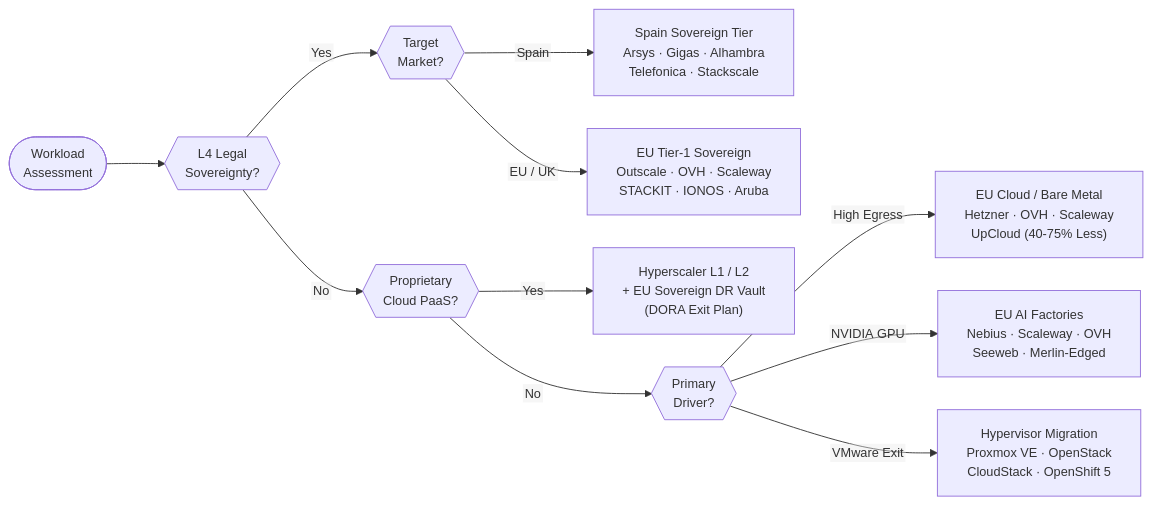
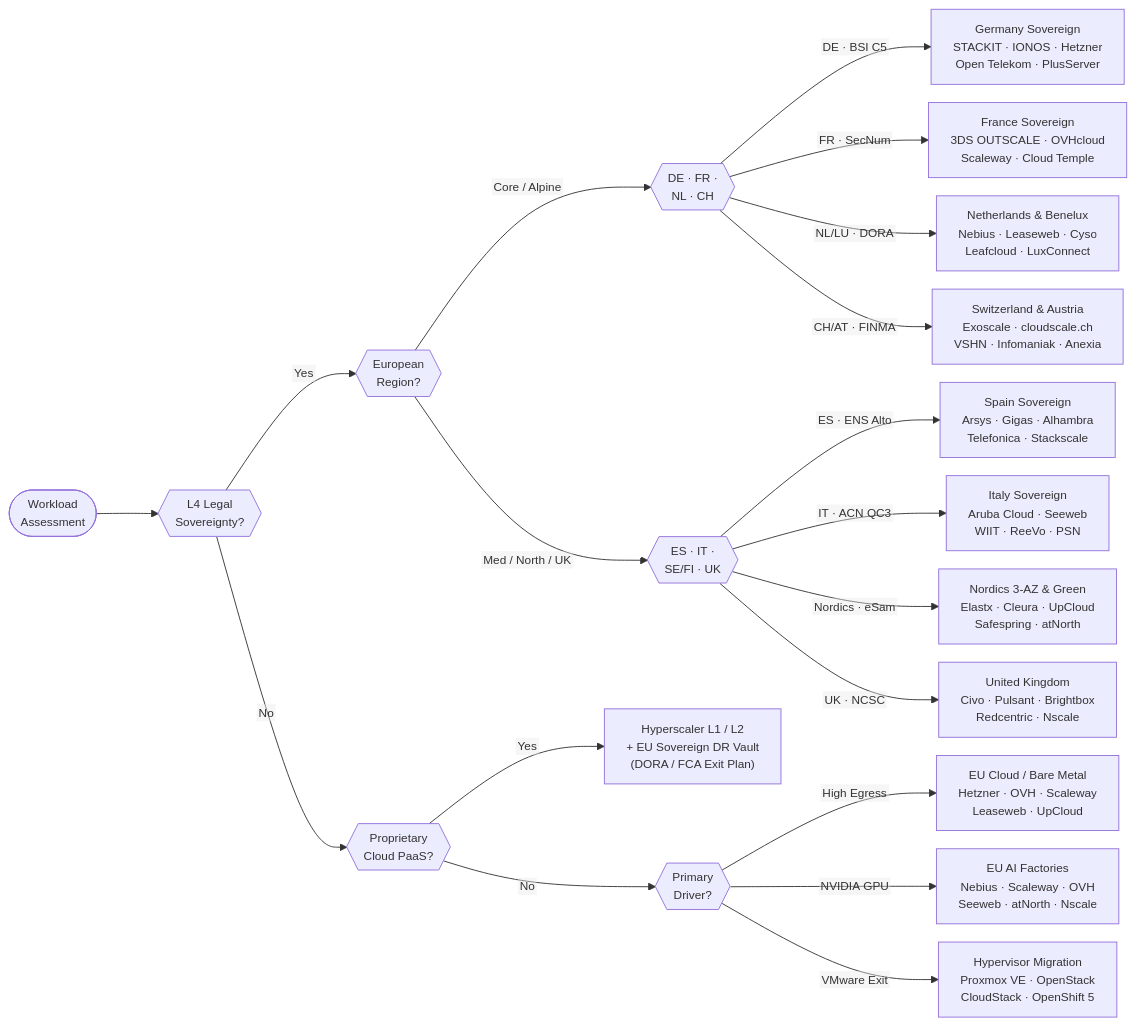
The diagram in v2-docs/eu-sovereign-cloud.md (nubenetes/awesome-kubernetes), drawn with Mermaid before and after one commit. The commit also changed other lines of this file and 2 other files, not shown here.

Commit message:
feat(v2): generalize Pre-Sales Architecture Decision Flow across all 8 EU & UK cloud hubs

````diff
--- a/v2-docs/eu-sovereign-cloud.md
+++ b/v2-docs/eu-sovereign-cloud.md
@@ -206,17 +206,27 @@
 ```mermaid
-%%{init: {'themeVariables': {'fontSize': '14px'}, 'flowchart': {'htmlLabels': false, 'nodeSpacing': 36, 'rankSpacing': 64, 'padding': 16}}}%%
+%%{init: {'themeVariables': {'fontSize': '13px'}, 'flowchart': {'htmlLabels': false, 'nodeSpacing': 20, 'rankSpacing': 68, 'padding': 12}}}%%
 flowchart LR
     A(["Workload<br/>Assessment"]) --> B{{"L4 Legal<br/>Sovereignty?"}}
 
-    B -->|"Yes"| C{{"Target<br/>Market?"}}
-    C -->|"Spain"| D["Spain Sovereign Tier<br/>Arsys · Gigas · Alhambra<br/>Telefonica · Stackscale"]
-    C -->|"EU / UK"| E["EU Tier-1 Sovereign<br/>Outscale · OVH · Scaleway<br/>STACKIT · IONOS · Aruba"]
+    B -->|"Yes"| C{{"European<br/>Region?"}}
+    C -->|"Core / Alpine"| C1{{"DE · FR ·<br/>NL · CH"}}
+    C -->|"Med / North / UK"| C2{{"ES · IT ·<br/>SE/FI · UK"}}
+
+    C1 -->|"DE · BSI C5"| D1["Germany Sovereign<br/>STACKIT · IONOS · Hetzner<br/>Open Telekom · PlusServer"]
+    C1 -->|"FR · SecNum"| D2["France Sovereign<br/>3DS OUTSCALE · OVHcloud<br/>Scaleway · Cloud Temple"]
+    C1 -->|"NL/LU · DORA"| D3["Netherlands & Benelux<br/>Nebius · Leaseweb · Cyso<br/>Leafcloud · LuxConnect"]
+    C1 -->|"CH/AT · FINMA"| D4["Switzerland & Austria<br/>Exoscale · cloudscale.ch<br/>VSHN · Infomaniak · Anexia"]
+
+    C2 -->|"ES · ENS Alto"| D5["Spain Sovereign<br/>Arsys · Gigas · Alhambra<br/>Telefonica · Stackscale"]
+    C2 -->|"IT · ACN QC3"| D6["Italy Sovereign<br/>Aruba Cloud · Seeweb<br/>WIIT · ReeVo · PSN"]
+    C2 -->|"Nordics · eSam"| D7["Nordics 3-AZ & Green<br/>Elastx · Cleura · UpCloud<br/>Safespring · atNorth"]
+    C2 -->|"UK · NCSC"| D8["United Kingdom<br/>Civo · Pulsant · Brightbox<br/>Redcentric · Nscale"]
 
     B -->|"No"| F{{"Proprietary<br/>Cloud PaaS?"}}
-    F -->|"Yes"| G["Hyperscaler L1 / L2<br/>+ EU Sovereign DR Vault<br/>(DORA Exit Plan)"]
+    F -->|"Yes"| G["Hyperscaler L1 / L2<br/>+ EU Sovereign DR Vault<br/>(DORA / FCA Exit Plan)"]
     F -->|"No"| H{{"Primary<br/>Driver?"}}
 
-    H -->|"High Egress"| I["EU Cloud / Bare Metal<br/>Hetzner · OVH · Scaleway<br/>UpCloud (40-75% Less)"]
-    H -->|"NVIDIA GPU"| J["EU AI Factories<br/>Nebius · Scaleway · OVH<br/>Seeweb · Merlin-Edged"]
+    H -->|"High Egress"| I["EU Cloud / Bare Metal<br/>Hetzner · OVH · Scaleway<br/>Leaseweb · UpCloud"]
+    H -->|"NVIDIA GPU"| J["EU AI Factories<br/>Nebius · Scaleway · OVH<br/>Seeweb · atNorth · Nscale"]
     H -->|"VMware Exit"| K["Hypervisor Migration<br/>Proxmox VE · OpenStack<br/>CloudStack · OpenShift 5"]
 ```
````
